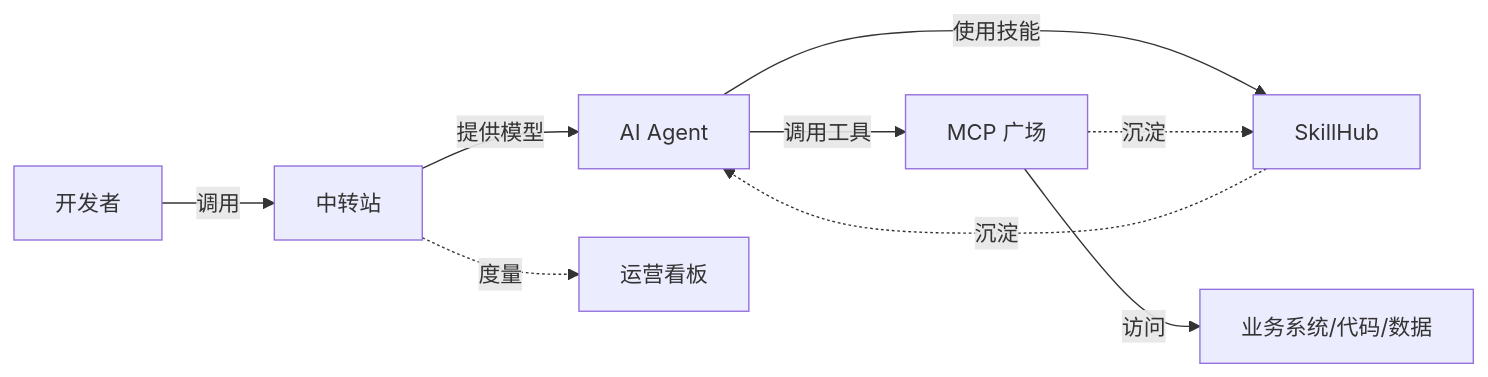
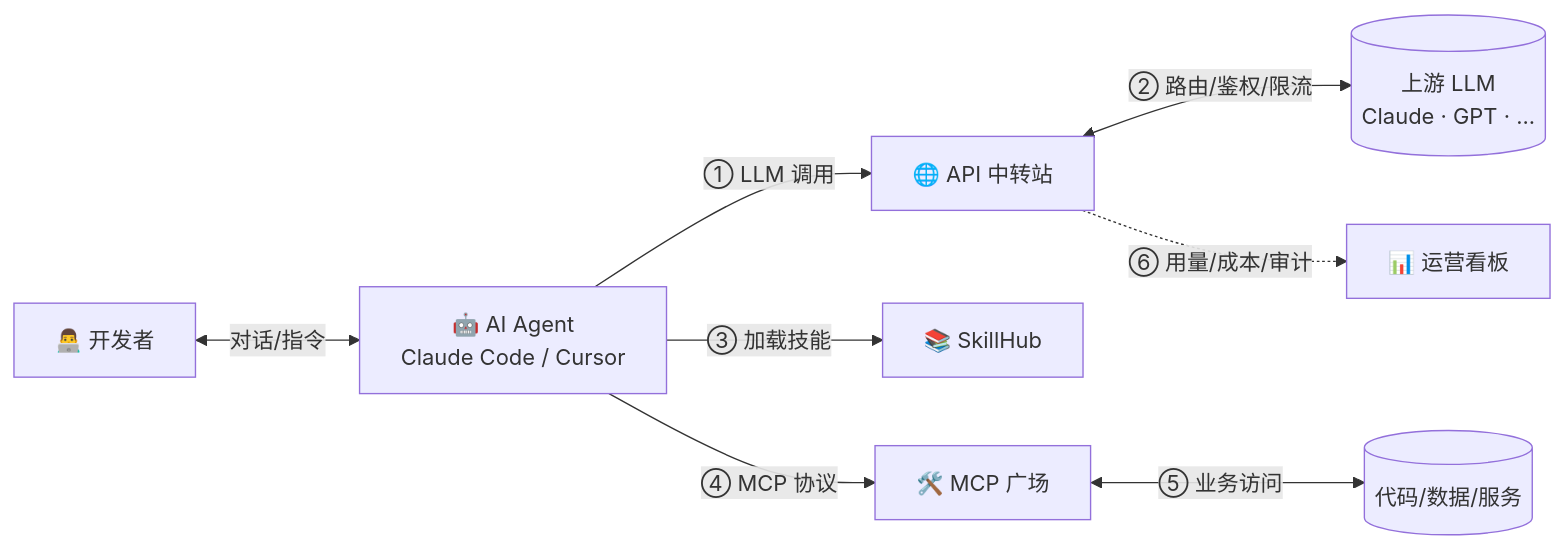
The second of 2 diagrams in slides.md (dxsdyhm/aippt), drawn with Mermaid before and after one commit. The commit also changed other lines of this file, not shown here.

Commit message:
refactor: 三者协同关系页改为 6 步技术调用链

````diff
--- a/slides.md
+++ b/slides.md
@@ -947,11 +948,10 @@
-```mermaid {scale: 0.9}
+```mermaid {scale: 0.85}
 flowchart LR
-    DEV[开发者] -->|调用| GW[中转站]
-    GW -->|提供模型| AGT[AI Agent]
-    AGT -->|使用技能| SH[SkillHub]
-    AGT -->|调用工具| MS[MCP 广场]
-    MS -->|访问| SRC[业务系统/代码/数据]
-    SH -.沉淀.-> AGT
-    MS -.沉淀.-> SH
-    GW -.度量.-> OPS[运营看板]
+    DEV[👨‍💻 开发者] <-->|对话/指令| AGT[🤖 AI Agent<br/>Claude Code / Cursor]
+    AGT -->|① LLM 调用| GW[🌐 API 中转站]
+    GW <-->|② 路由/鉴权/限流| LLM[(上游 LLM<br/>Claude · GPT · ...)]
+    AGT -->|③ 加载技能| SH[📚 SkillHub]
+    AGT -->|④ MCP 协议| MS[🛠️ MCP 广场]
+    MS <-->|⑤ 业务访问| SRC[(代码/数据/服务)]
+    GW -.->|⑥ 用量/成本/审计| OPS[📊 运营看板]
 ```
````
